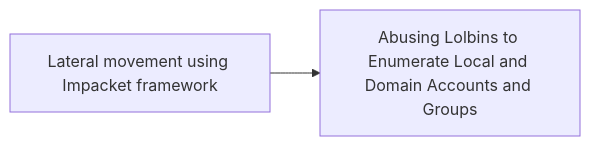
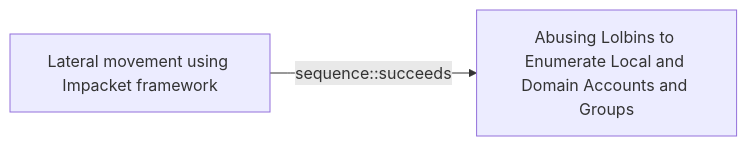
One commit to opentidehq/library changed the diagram in docs/threats/lateral-movement-using-impacket-framework.md. Above: the diagram before and after it, drawn with Mermaid. The commit also changed other lines of this file and 277 other files, not shown here.

````diff
--- a/docs/threats/lateral-movement-using-impacket-framework.md
+++ b/docs/threats/lateral-movement-using-impacket-framework.md
@@ -40,6 +77,6 @@
 ```mermaid
 flowchart LR
 75415bc5_6615_487e_a69c_7a4ffc196996["Lateral movement using Impacket framework"]
 3b1026c6_7d04_4b91_ba6f_abc68e993616["Abusing Lolbins to Enumerate Local and Domain Accounts and Groups"]
-75415bc5_6615_487e_a69c_7a4ffc196996 --> 3b1026c6_7d04_4b91_ba6f_abc68e993616
+75415bc5_6615_487e_a69c_7a4ffc196996 -->|sequence::succeeds| 3b1026c6_7d04_4b91_ba6f_abc68e993616
 ```
````
